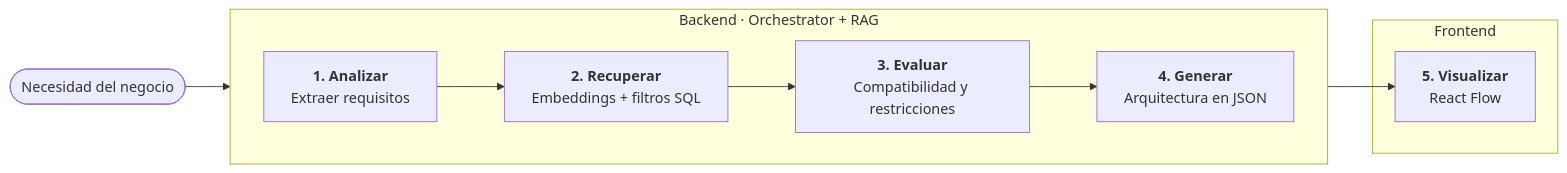
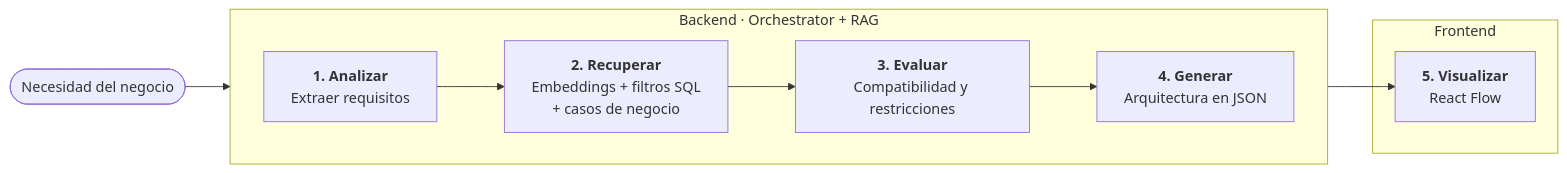
Before and after one commit to No-Country-simulation/S10-26-EQUIPO-19: the second of 2 diagrams in docs/OpenBridge-Arquitectura.md, drawn with Mermaid. The commit also changed other lines of this file and 3 other files, not shown here.

````diff
--- a/docs/OpenBridge-Arquitectura.md
+++ b/docs/OpenBridge-Arquitectura.md
@@ -84,18 +93,18 @@
 ```mermaid
 flowchart LR
     U(["Necesidad del negocio"])
 
     subgraph BE["Backend · Orchestrator + RAG"]
         direction LR
         A["<b>1. Analizar</b><br/>Extraer requisitos"]
-        R["<b>2. Recuperar</b><br/>Embeddings + filtros SQL"]
+        R["<b>2. Recuperar</b><br/>Embeddings + filtros SQL<br/>+ casos de negocio"]
         E["<b>3. Evaluar</b><br/>Compatibilidad y restricciones"]
         G["<b>4. Generar</b><br/>Arquitectura en JSON"]
     end
 
     subgraph FE["Frontend"]
         V["<b>5. Visualizar</b><br/>React Flow"]
     end
 
     U --> A --> R --> E --> G --> V
 ```
````
